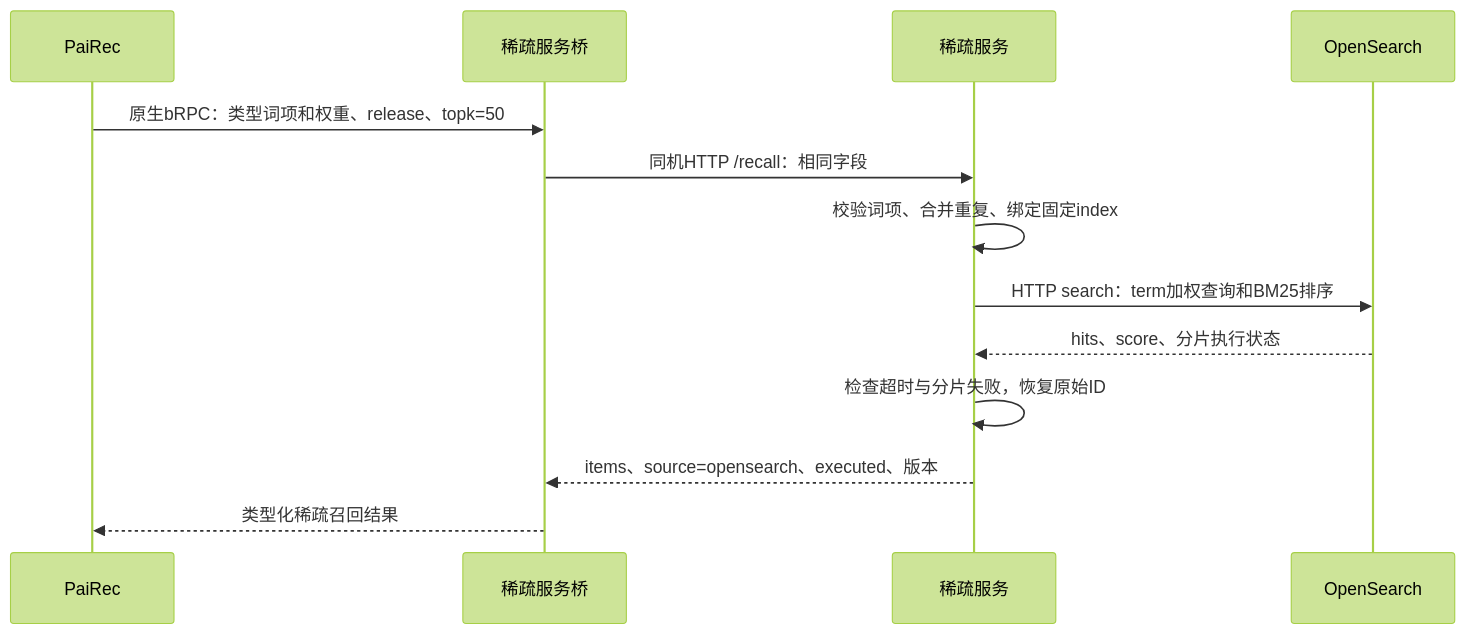
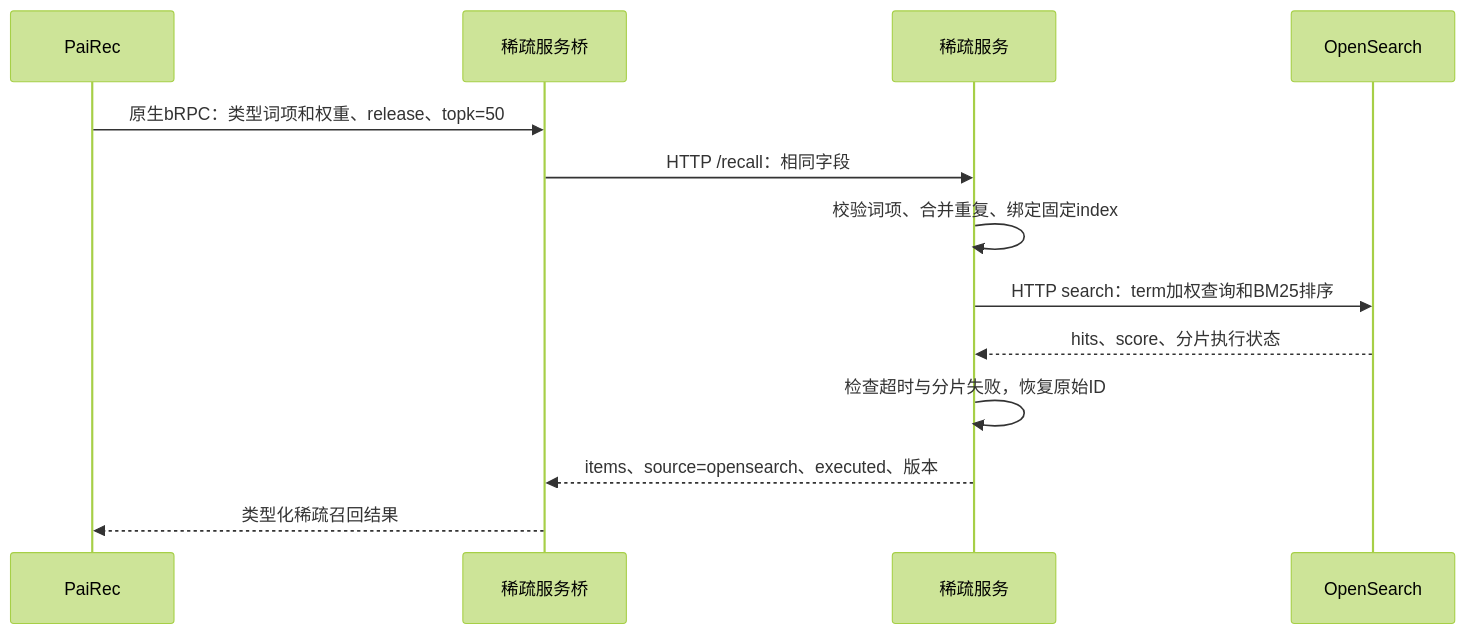
Before and after one commit to bitianyuan123/docs: the eighth of 15 diagrams in 07_other_services.md, drawn with Mermaid (forest theme). The commit also changed other lines of this file and 85 other files, not shown here.

````diff
--- a/07_other_services.md
+++ b/07_other_services.md
@@ -226,15 +228,15 @@
 ```mermaid
 sequenceDiagram
     participant P as PaiRec
     participant B as 稀疏服务桥
     participant S as 稀疏服务
     participant O as OpenSearch
     P->>B: 原生bRPC：类型词项和权重、release、topk=50
-    B->>S: 同机HTTP /recall：相同字段
+    B->>S: HTTP /recall：相同字段
     S->>S: 校验词项、合并重复、绑定固定index
     S->>O: HTTP search：term加权查询和BM25排序
     O-->>S: hits、score、分片执行状态
     S->>S: 检查超时与分片失败，恢复原始ID
     S-->>B: items、source=opensearch、executed、版本
     B-->>P: 类型化稀疏召回结果
 ```
````
